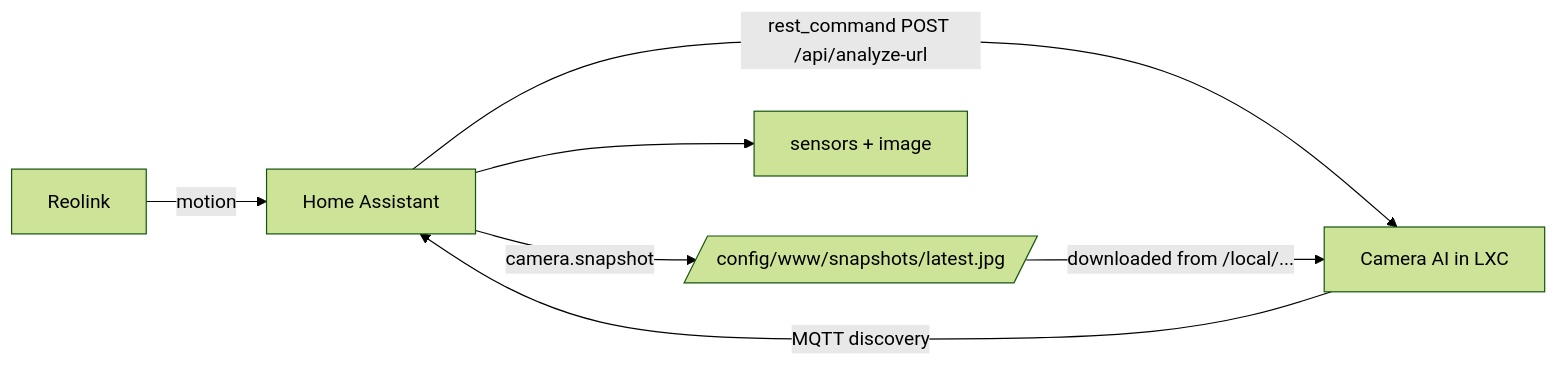
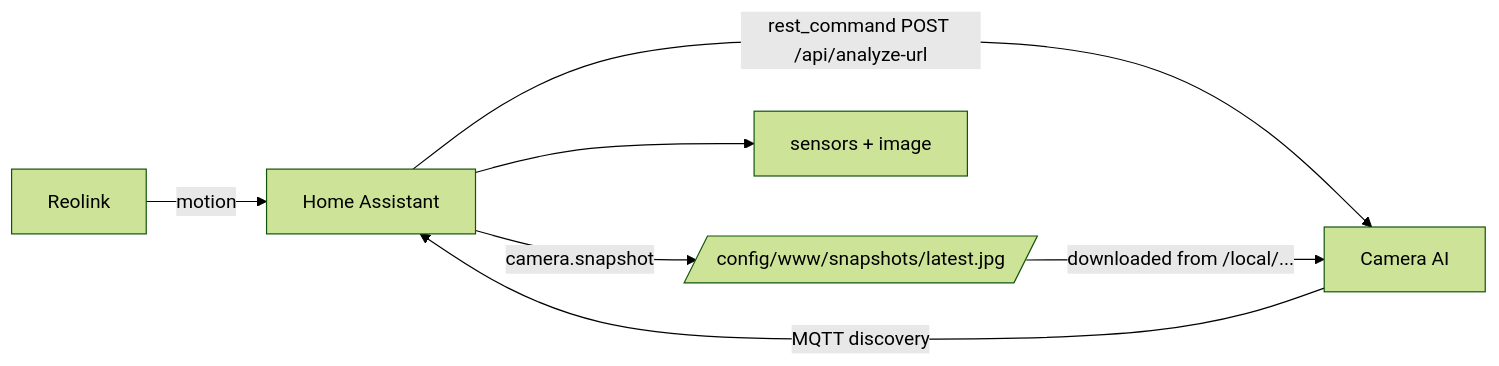
The diagram in README.md (nikeng-forenade/camera_ai), drawn with Mermaid (forest theme) before and after one commit. The commit also changed other lines of this file and 10 other files, not shown here.

````diff
--- a/README.md
+++ b/README.md
@@ -358,9 +198,9 @@
 ```mermaid
 flowchart LR
     R[Reolink] -->|motion| HA[Home Assistant]
     HA -->|camera.snapshot| IMG[/config/www/snapshots/latest.jpg/]
-    HA -->|rest_command POST /api/analyze-url| AI[Camera AI in LXC]
+    HA -->|rest_command POST /api/analyze-url| AI[Camera AI]
     IMG -->|downloaded from /local/...| AI
     AI -->|MQTT discovery| HA
     HA --> UI[sensors + image]
 ```
````
